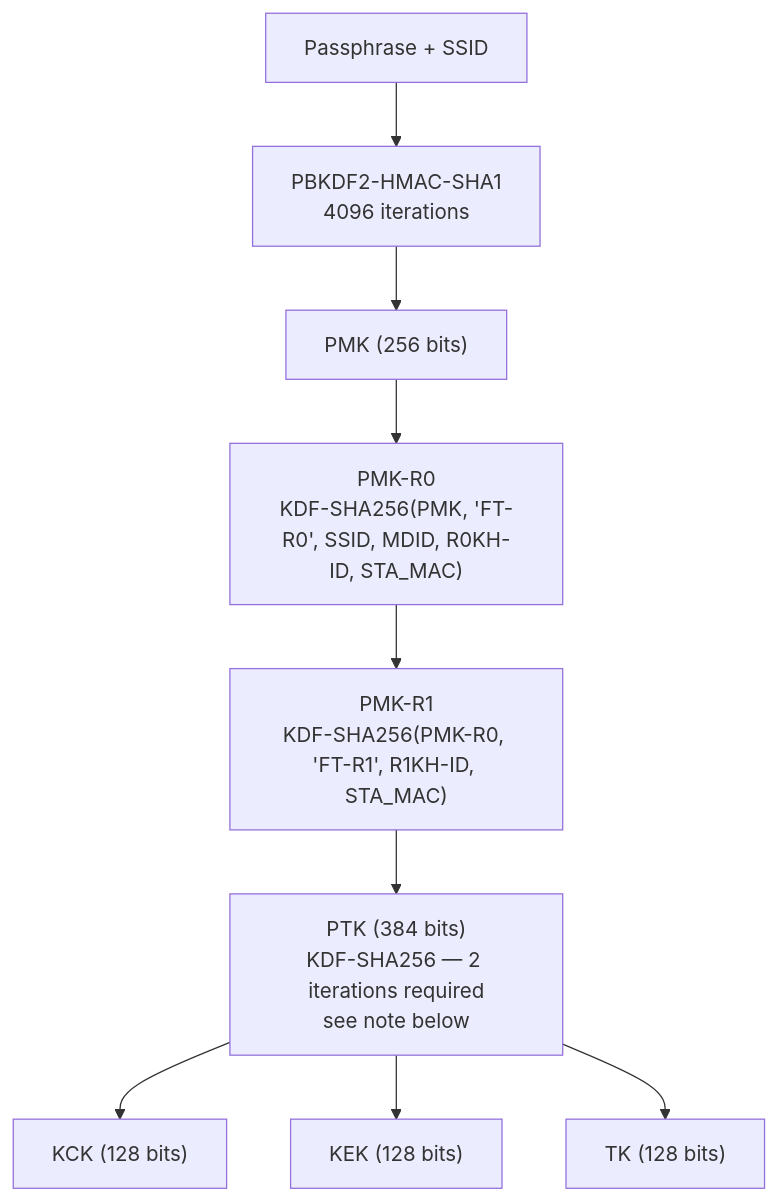
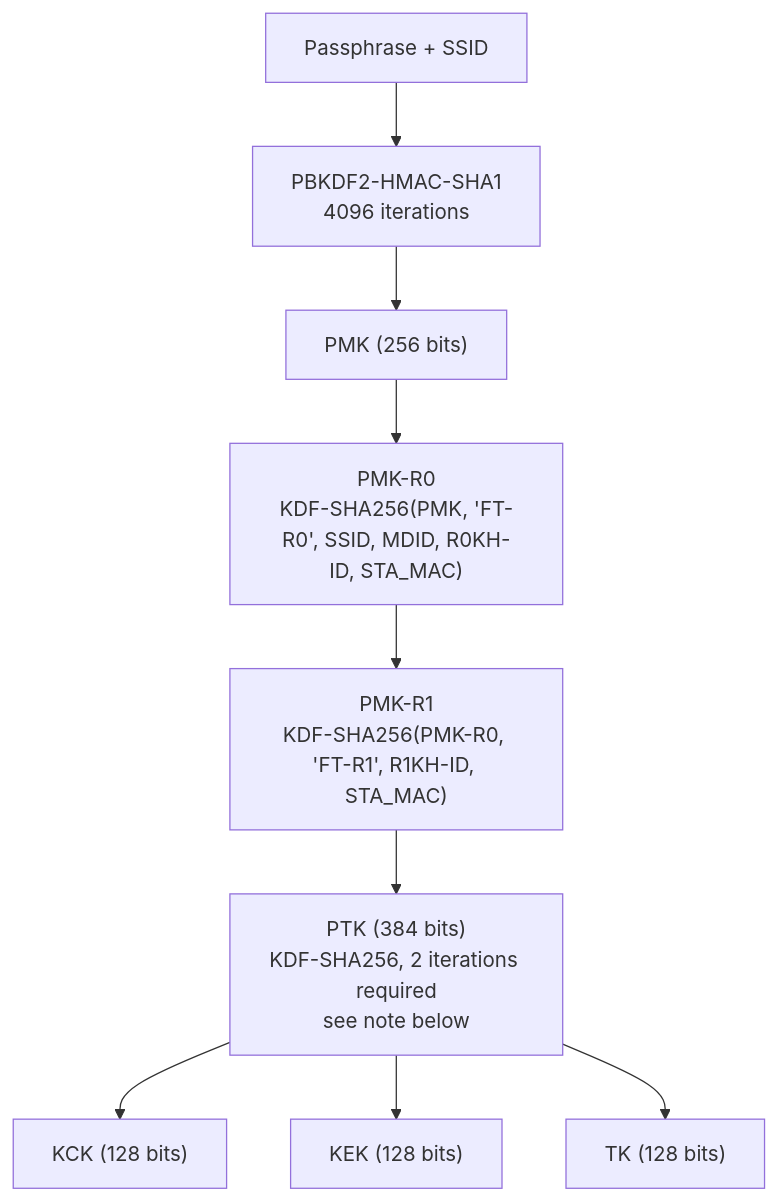
Before and after one commit to StrongWind1/WiFi_Cracking: the second of 2 diagrams in docs/protocol/key-hierarchy.md, drawn with Mermaid. The commit also changed other lines of this file and 35 other files, not shown here.

````diff
--- a/docs/protocol/key-hierarchy.md
+++ b/docs/protocol/key-hierarchy.md
@@ -46,11 +46,11 @@
 ```mermaid
 flowchart TD
     P["Passphrase + SSID"] --> B["PBKDF2-HMAC-SHA1\n4096 iterations"]
     B --> PMK["PMK (256 bits)"]
     PMK --> R0["PMK-R0\nKDF-SHA256(PMK, 'FT-R0', SSID, MDID, R0KH-ID, STA_MAC)"]
     R0 --> R1["PMK-R1\nKDF-SHA256(PMK-R0, 'FT-R1', R1KH-ID, STA_MAC)"]
-    R1 --> PTK["PTK (384 bits)\nKDF-SHA256 — 2 iterations required\nsee note below"]
+    R1 --> PTK["PTK (384 bits)\nKDF-SHA256, 2 iterations required\nsee note below"]
     PTK --> KCK["KCK (128 bits)"]
     PTK --> KEK["KEK (128 bits)"]
     PTK --> TK["TK (128 bits)"]
 ```
````
